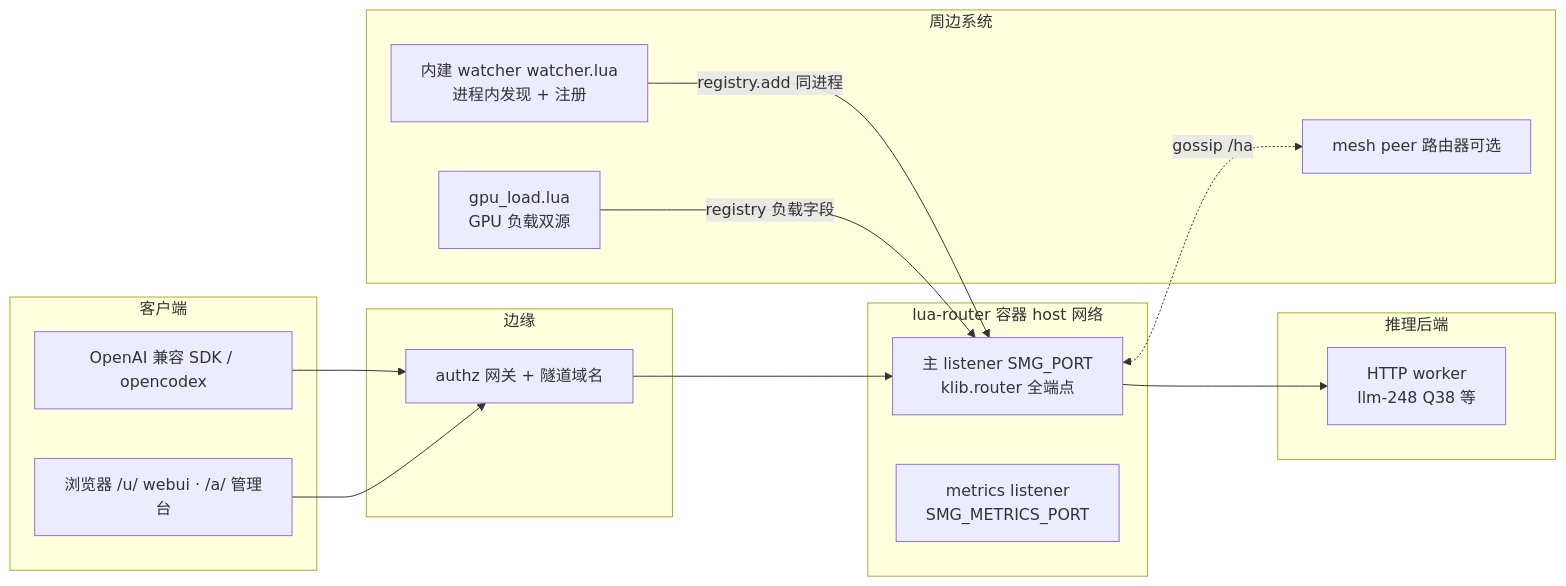
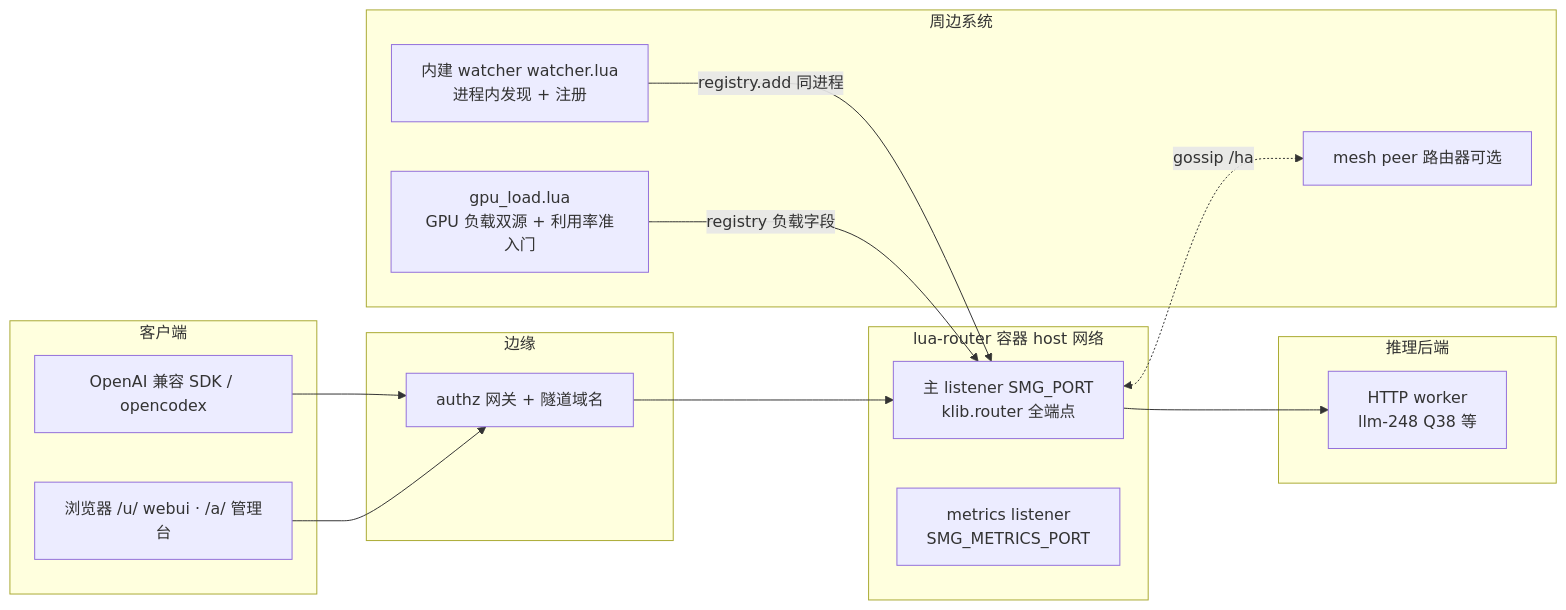
The first of 2 diagrams in doc/architect.md (yorkane/lua-router), drawn with Mermaid before and after one commit. The commit also changed other lines of this file and 5 other files, not shown here.

````diff
--- a/doc/architect.md
+++ b/doc/architect.md
@@ -20,28 +20,28 @@
 ```mermaid
 flowchart LR
   subgraph clients[客户端]
     C1[OpenAI 兼容 SDK / opencodex]
     C2[浏览器 /u/ webui · /a/ 管理台]
   end
   subgraph edge[边缘]
     AZ[authz 网关 + 隧道域名]
   end
   subgraph lr[lua-router 容器 host 网络]
     MAIN[主 listener SMG_PORT<br/>klib.router 全端点]
     MET[metrics listener<br/>SMG_METRICS_PORT]
   end
   subgraph workers[推理后端]
     W1[HTTP worker<br/>llm-248 Q38 等]
   end
   subgraph sidecar[周边系统]
     IW[内建 watcher watcher.lua<br/>进程内发现 + 注册]
-    GL[gpu_load.lua<br/>GPU 负载双源]
+    GL[gpu_load.lua<br/>GPU 负载双源 + 利用率准入门]
     MP[mesh peer 路由器可选]
   end
   C1 --> AZ --> MAIN
   C2 --> AZ
   MAIN --> W1
   IW -- registry.add 同进程 --> MAIN
   GL -- registry 负载字段 --> MAIN
   MAIN <-. gossip /ha .-> MP
 ```
````
